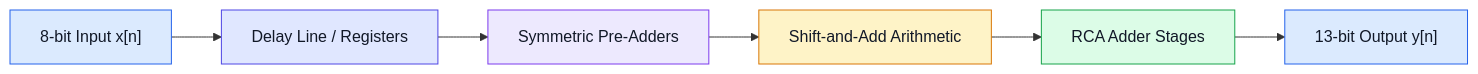
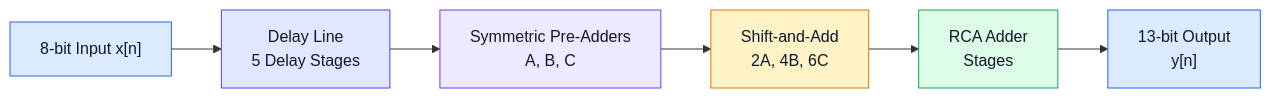
The first of 2 diagrams in README.md (harshadjagtap17/6-Tap-FIR-Filter-ASIC--RTL-to-GDSII), drawn with Mermaid before and after one commit. The commit also changed other lines of this file, not shown here.

First line of the commit message:
Revise FIR filter architecture and implementation details

````diff
--- a/README.md
+++ b/README.md
@@ -91,15 +119,15 @@
 ```mermaid
 flowchart LR
-    A["8-bit Input x[n]"] --> B["Delay Line / Registers"]
-    B --> C["Symmetric Pre-Adders"]
-    C --> D["Shift-and-Add Arithmetic"]
-    D --> E["RCA Adder Stages"]
-    E --> F["13-bit Output y[n]"]
+    A["8-bit Input x[n]"] --> B["Delay Line<br/>5 Delay Stages"]
+    B --> C["Symmetric Pre-Adders<br/>A, B, C"]
+    C --> D["Shift-and-Add<br/>2A, 4B, 6C"]
+    D --> E["RCA Adder<br/>Stages"]
+    E --> F["13-bit Output<br/>y[n]"]
 
     style A fill:#dbeafe,stroke:#2563eb,color:#111827
     style B fill:#e0e7ff,stroke:#4f46e5,color:#111827
     style C fill:#ede9fe,stroke:#7c3aed,color:#111827
     style D fill:#fef3c7,stroke:#d97706,color:#111827
     style E fill:#dcfce7,stroke:#16a34a,color:#111827
     style F fill:#dbeafe,stroke:#2563eb,color:#111827
 ```
````
